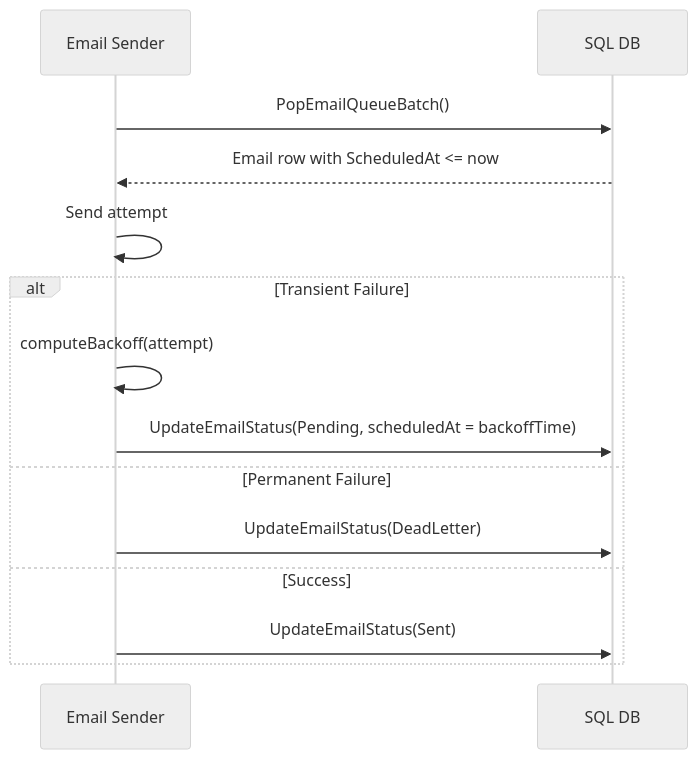
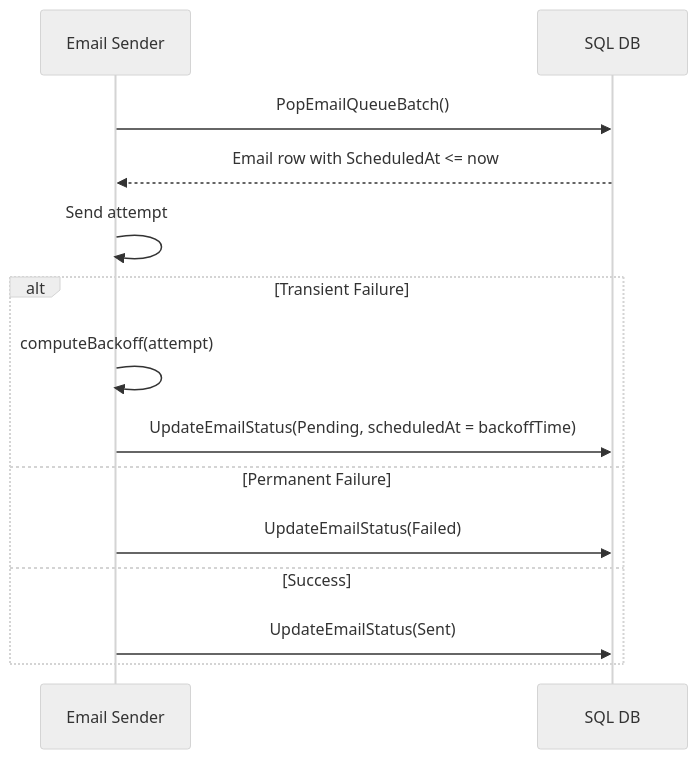
Before and after one commit to ashishm-medallia/email-queue: the fourth of 4 diagrams in architecture.md, drawn with Mermaid (neutral theme). The commit also changed other lines of this file, not shown here.

````diff
--- a/architecture.md
+++ b/architecture.md
@@ -76,19 +103,19 @@
 ```mermaid
 sequenceDiagram
     participant Sender as Email Sender
     participant DB as SQL DB
 
     Sender->>DB: PopEmailQueueBatch()
     DB-->>Sender: Email row with ScheduledAt <= now
 
     Sender->>Sender: Send attempt
 
     alt Transient Failure
         Sender->>Sender: computeBackoff(attempt)
         Sender->>DB: UpdateEmailStatus(Pending, scheduledAt = backoffTime)
     else Permanent Failure
-        Sender->>DB: UpdateEmailStatus(DeadLetter)
+        Sender->>DB: UpdateEmailStatus(Failed)
     else Success
         Sender->>DB: UpdateEmailStatus(Sent)
     end
 ```
````
